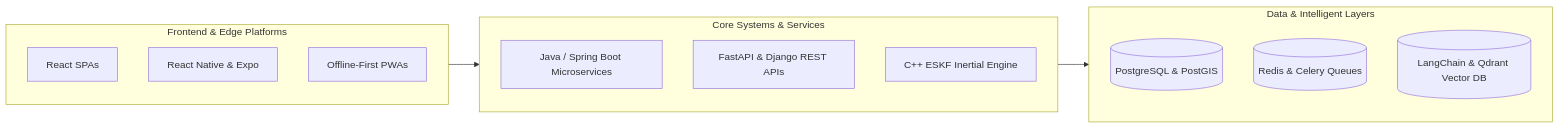
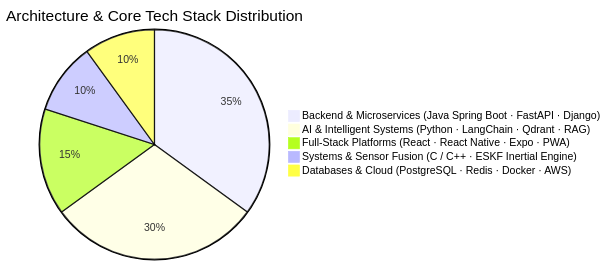
The first of 2 diagrams in README.md (premnarayn13/premnarayn13), drawn with Mermaid before and after one commit. The commit also changed other lines of this file, not shown here.

Commit message:
Replace architecture flowchart with detailed tech stack pie chart distribution

````diff
--- a/README.md
+++ b/README.md
@@ -111,23 +111,8 @@
 ```mermaid
-flowchart LR
-    subgraph Client["Frontend & Edge Platforms"]
-        C1["React SPAs"]
-        C2["React Native & Expo"]
-        C3["Offline-First PWAs"]
-    end
-
-    subgraph Backend["Core Systems & Services"]
-        B1["Java / Spring Boot Microservices"]
-        B2["FastAPI & Django REST APIs"]
-        B3["C++ ESKF Inertial Engine"]
-    end
-
-    subgraph DataAI["Data & Intelligent Layers"]
-        D1[("PostgreSQL & PostGIS")]
-        D2[("Redis & Celery Queues")]
-        D3[("LangChain & Qdrant Vector DB")]
-    end
-
-    Client --> Backend
-    Backend --> DataAI
+pie title Architecture & Core Tech Stack Distribution
+    "Backend & Microservices (Java Spring Boot · FastAPI · Django)" : 35
+    "AI & Intelligent Systems (Python · LangChain · Qdrant · RAG)" : 30
+    "Full-Stack Platforms (React · React Native · Expo · PWA)" : 15
+    "Systems & Sensor Fusion (C / C++ · ESKF Inertial Engine)" : 10
+    "Databases & Cloud (PostgreSQL · Redis · Docker · AWS)" : 10
 ```
````
